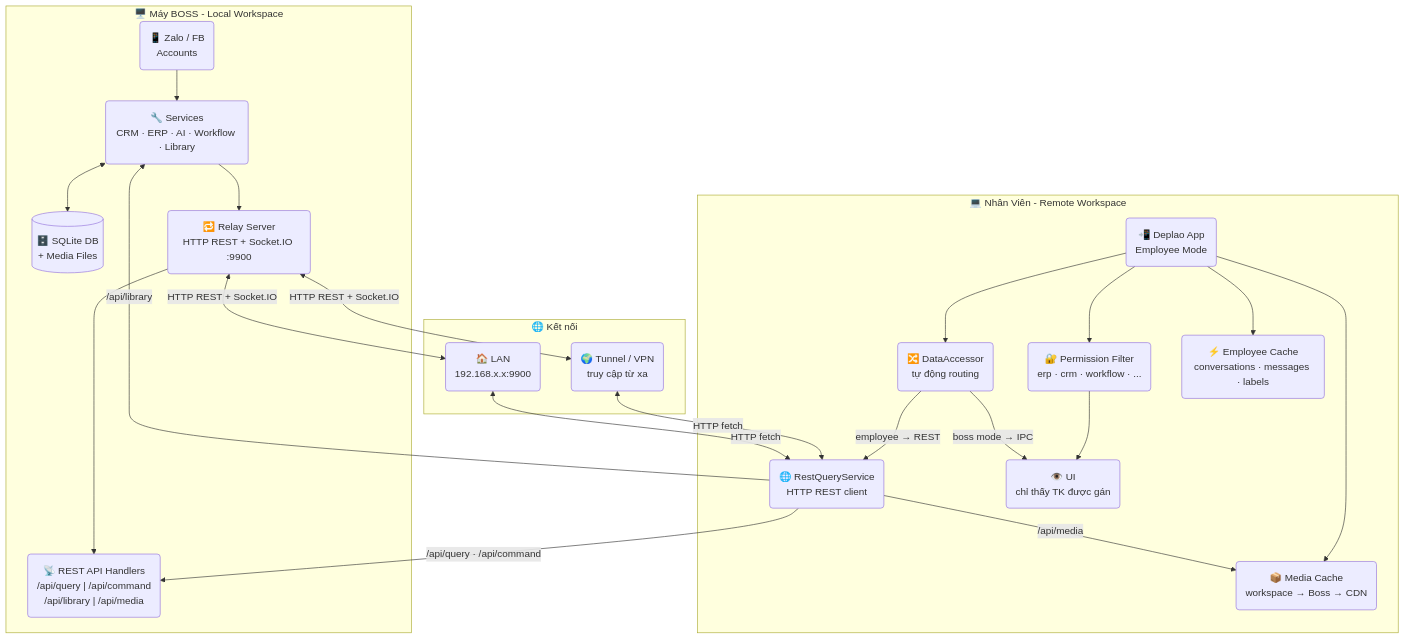
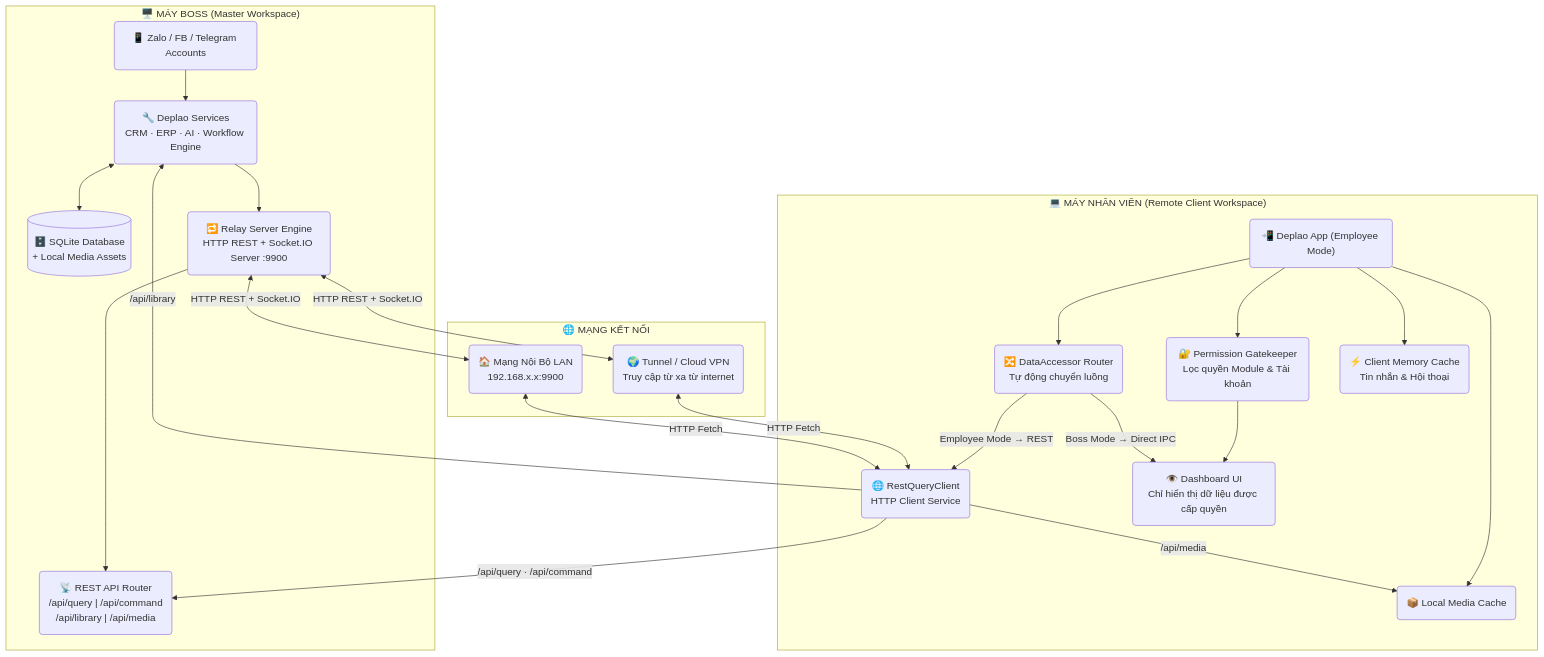
The third of 4 diagrams in README.md (longlo2k3/deplao), drawn with Mermaid before and after one commit. The commit also changed other lines of this file and 15 other files, not shown here.

````diff
--- a/README.md
+++ b/README.md
@@ -283,41 +342,41 @@
 ```mermaid
 flowchart TB
-    subgraph BOSS["🖥️ Máy BOSS - Local Workspace"]
-        BZ("📱 Zalo / FB\nAccounts")
-        BSV("🔧 Services\nCRM · ERP · AI · Workflow · Library")
-        BSD[("🗄️ SQLite DB\n+ Media Files")]
-        BRL("🔁 Relay Server\nHTTP REST + Socket.IO :9900")
-        BRS("📡 REST API Handlers\n/api/query | /api/command\n/api/library | /api/media")
+    subgraph BOSS["🖥️ MÁY BOSS (Master Workspace)"]
+        BZ("📱 Zalo / FB / Telegram Accounts")
+        BSV("🔧 Deplao Services\nCRM · ERP · AI · Workflow Engine")
+        BSD[("🗄️ SQLite Database\n+ Local Media Assets")]
+        BRL("🔁 Relay Server Engine\nHTTP REST + Socket.IO Server :9900")
+        BRS("📡 REST API Router\n/api/query | /api/command\n/api/library | /api/media")
     end
 
-    subgraph NET["🌐 Kết nối"]
-        LAN("🏠 LAN\n192.168.x.x:9900")
-        WAN("🌍 Tunnel / VPN\ntruy cập từ xa")
+    subgraph NET["🌐 MẠNG KẾT NỐI"]
+        LAN("🏠 Mạng Nội Bộ LAN\n192.168.x.x:9900")
+        WAN("🌍 Tunnel / Cloud VPN\nTruy cập từ xa từ internet")
     end
 
-    subgraph EMP["💻 Nhân Viên - Remote Workspace"]
-        EA("📲 Deplao App\nEmployee Mode")
-        DA("🔀 DataAccessor\ntự động routing")
-        RQ("🌐 RestQueryService\nHTTP REST client")
-        EP("🔐 Permission Filter\nerp · crm · workflow · ...")
-        EU("👁️ UI\nchỉ thấy TK được gán")
-        MC("📦 Media Cache\nworkspace → Boss → CDN")
-        EC("⚡ Employee Cache\nconversations · messages · labels")
+    subgraph EMP["💻 MÁY NHÂN VIÊN (Remote Client Workspace)"]
+        EA("📲 Deplao App (Employee Mode)")
+        DA("🔀 DataAccessor Router\nTự động chuyển luồng")
+        RQ("🌐 RestQueryClient\nHTTP Client Service")
+        EP("🔐 Permission Gatekeeper\nLọc quyền Module & Tài khoản")
+        EU("👁️ Dashboard UI\nChỉ hiển thị dữ liệu được cấp quyền")
+        MC("📦 Local Media Cache")
+        EC("⚡ Client Memory Cache\nTin nhắn & Hội thoại")
     end
 
     BZ --> BSV
     BSV <--> BSD
     BSV --> BRL
     BRL --> BRS
     BRL <-->|HTTP REST + Socket.IO| LAN & WAN
-    LAN <-->|HTTP fetch| RQ
-    WAN <-->|HTTP fetch| RQ
+    LAN <-->|HTTP Fetch| RQ
+    WAN <-->|HTTP Fetch| RQ
     RQ -->|/api/query · /api/command| BRS
     RQ -->|/api/media| MC
     RQ -->|/api/library| BSV
-    EA --> DA -->|boss mode → IPC| EU
-    DA -->|employee → REST| RQ
+    EA --> DA -->|Boss Mode → Direct IPC| EU
+    DA -->|Employee Mode → REST| RQ
     EA --> EP --> EU
     EA --> EC
     EA --> MC
 ```
````
